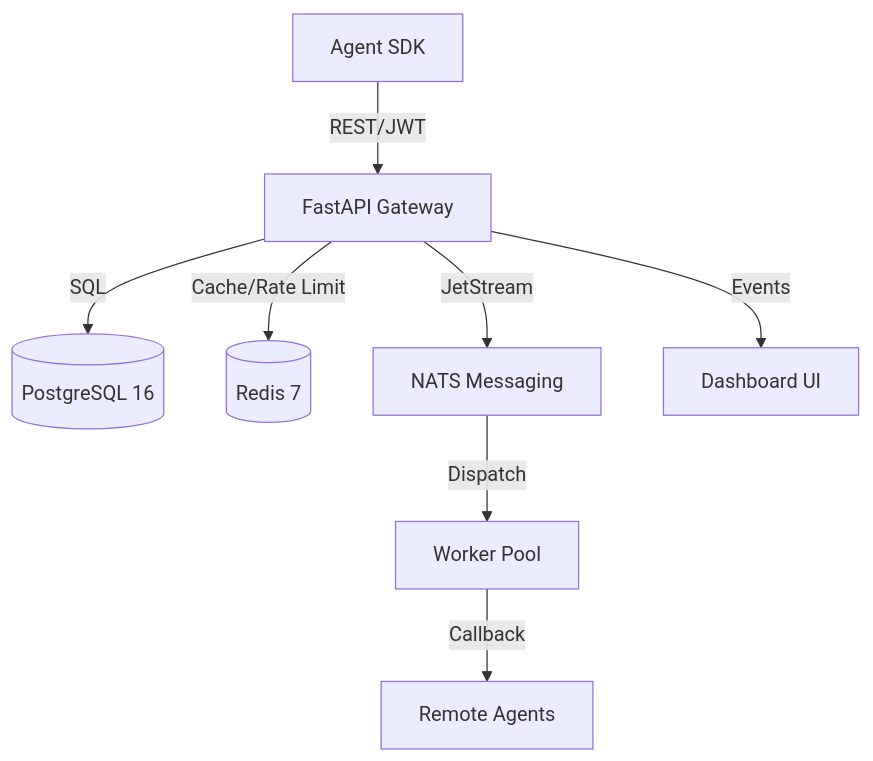
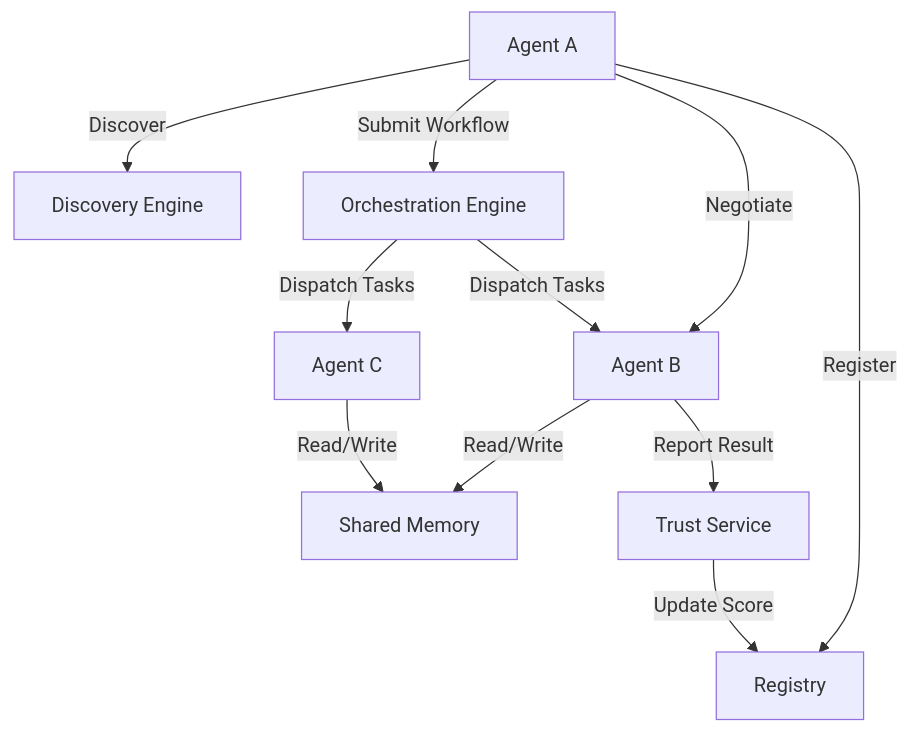
The diagram in README.md (vincenzo-afk/OpenAgentNet), drawn with Mermaid before and after one commit. The commit also changed other lines of this file, not shown here.

````diff
--- a/README.md
+++ b/README.md
@@ -67,10 +75,13 @@
 ```mermaid
 graph TD
-    A[Agent SDK] -->|REST/JWT| B[FastAPI Gateway]
-    B -->|SQL| C[(PostgreSQL 16)]
-    B -->|Cache/Rate Limit| D[(Redis 7)]
-    B -->|JetStream| E[NATS Messaging]
-    E -->|Dispatch| F[Worker Pool]
-    F -->|Callback| G[Remote Agents]
-    B -->|Events| H[Dashboard UI]
+    A[Agent A] -->|Register| R[Registry]
+    A -->|Discover| D[Discovery Engine]
+    A -->|Negotiate| B[Agent B]
+    A -->|Submit Workflow| O[Orchestration Engine]
+    O -->|Dispatch Tasks| B
+    O -->|Dispatch Tasks| C[Agent C]
+    B -->|Read/Write| M[Shared Memory]
+    C -->|Read/Write| M
+    B -->|Report Result| T[Trust Service]
+    T -->|Update Score| R
 ```
````
